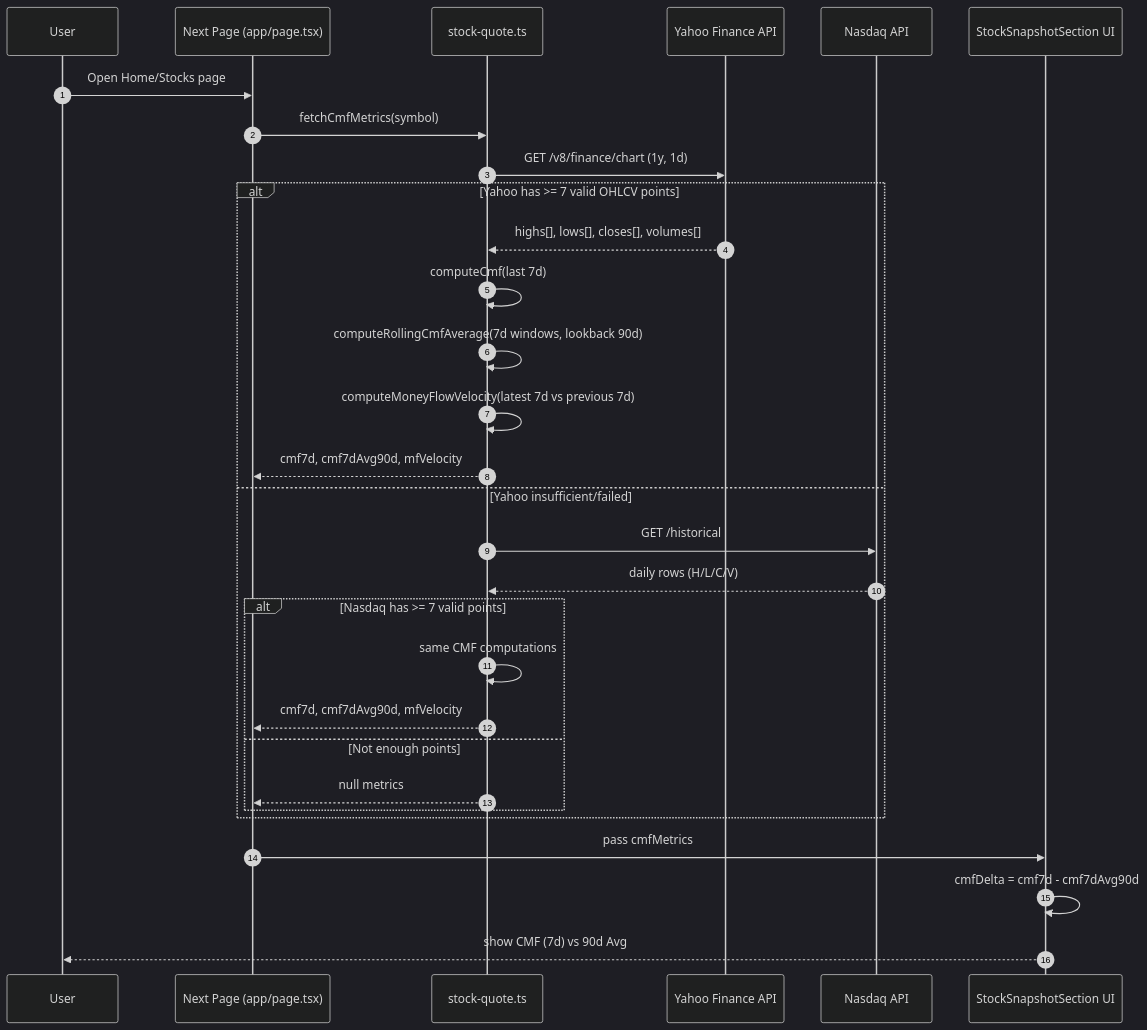
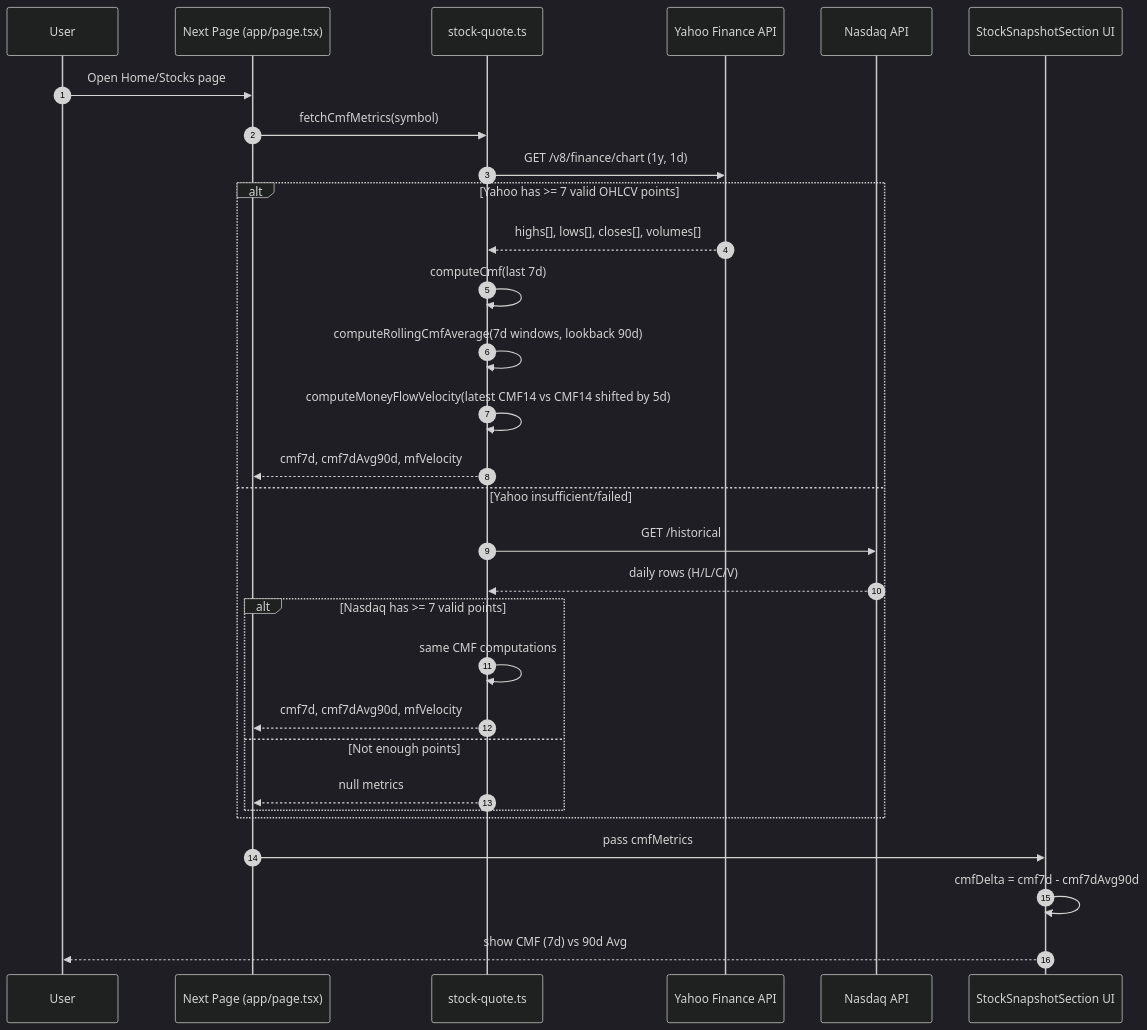
One commit to MadarcSport/quantum-pulse changed the second of 2 diagrams in learn-api-fetching-diagrams.md. Above: the diagram before and after it, drawn with Mermaid (dark theme). The commit also changed other lines of this file and 14 other files, not shown here.

````diff
--- a/learn-api-fetching-diagrams.md
+++ b/learn-api-fetching-diagrams.md
@@ -47,34 +47,34 @@
 ```mermaid
 sequenceDiagram
     autonumber
     participant U as User
     participant P as Next Page (app/page.tsx)
     participant L as stock-quote.ts
     participant Y as Yahoo Finance API
     participant N as Nasdaq API
     participant C as StockSnapshotSection UI
 
     U->>P: Open Home/Stocks page
     P->>L: fetchCmfMetrics(symbol)
     L->>Y: GET /v8/finance/chart (1y, 1d)
     alt Yahoo has >= 7 valid OHLCV points
         Y-->>L: highs[], lows[], closes[], volumes[]
         L->>L: computeCmf(last 7d)
         L->>L: computeRollingCmfAverage(7d windows, lookback 90d)
-        L->>L: computeMoneyFlowVelocity(latest 7d vs previous 7d)
+        L->>L: computeMoneyFlowVelocity(latest CMF14 vs CMF14 shifted by 5d)
         L-->>P: cmf7d, cmf7dAvg90d, mfVelocity
     else Yahoo insufficient/failed
         L->>N: GET /historical
         N-->>L: daily rows (H/L/C/V)
         alt Nasdaq has >= 7 valid points
             L->>L: same CMF computations
             L-->>P: cmf7d, cmf7dAvg90d, mfVelocity
         else Not enough points
             L-->>P: null metrics
         end
     end
 
     P->>C: pass cmfMetrics
     C->>C: cmfDelta = cmf7d - cmf7dAvg90d
     C-->>U: show CMF (7d) vs 90d Avg
 ```
````
